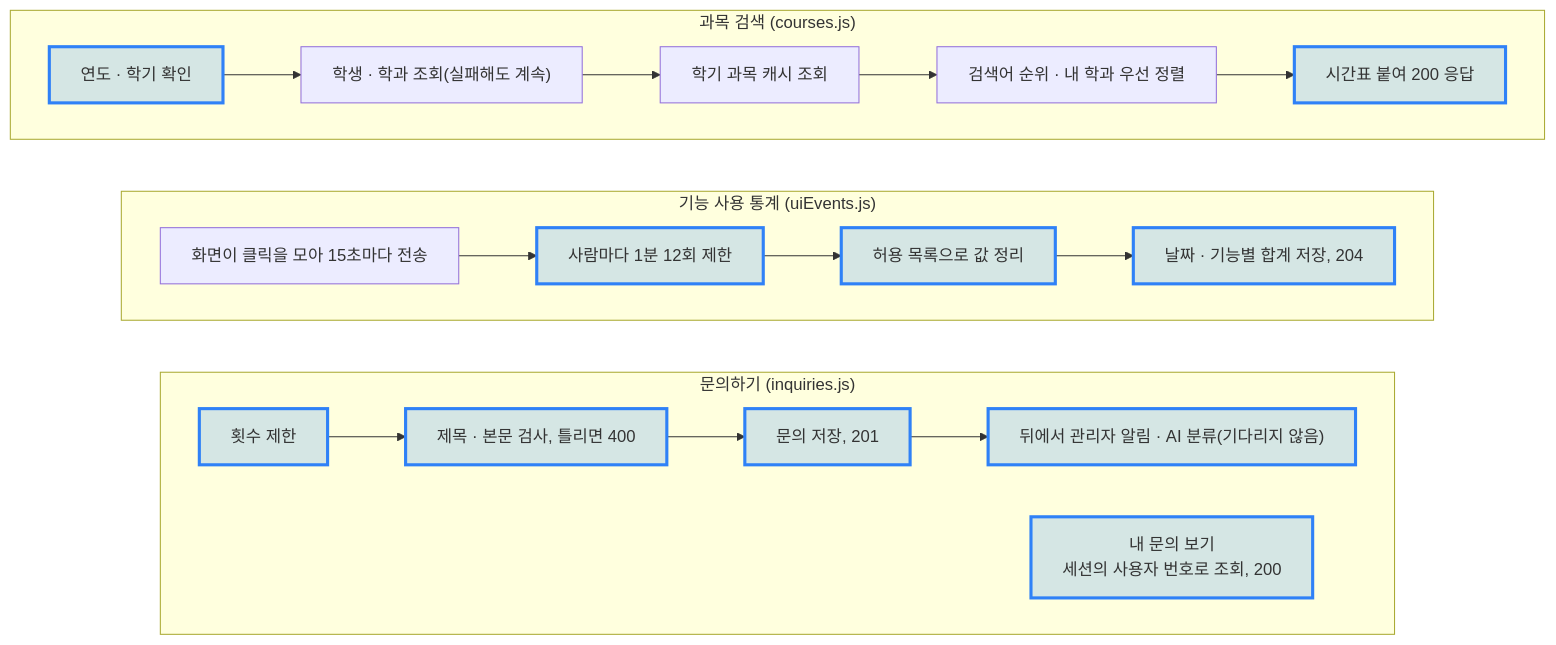
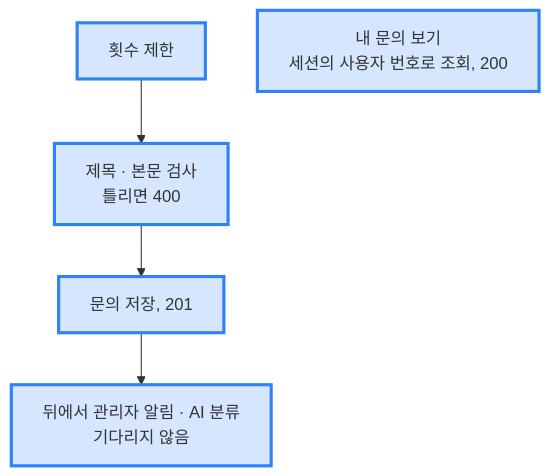
The third of 4 diagrams in 2026/November/11-06.md (ChildrenAon/TIL), drawn with Mermaid before and after one commit. The commit also changed other lines of this file, not shown here.

````diff
--- a/2026/November/11-06.md
+++ b/2026/November/11-06.md
@@ -22,22 +47,9 @@
 ```mermaid
 %%{init: {"flowchart": {"wrappingWidth": 600}, "themeCSS": ".edgeLabel div { display: table-cell !important; width: auto !important; max-width: none !important; white-space: nowrap !important; } .edgeLabel p { padding: 5px 12px !important; margin: 0 !important; background: #55555599; } .edgeLabel, .edgeLabel span, .edgeLabel .labelBkg { background: transparent !important; }"}}%%
 flowchart TD
-  subgraph S1["과목 검색 (courses.js)"]
-    A1["연도 · 학기 확인"] --> A2["학생 · 학과 조회(실패해도 계속)"]
-    A2 --> A3["학기 과목 캐시 조회"] --> A4["검색어 순위 · 내 학과 우선 정렬"]
-    A4 --> A5["시간표 붙여 200 응답"]
-  end
-  subgraph S2["기능 사용 통계 (uiEvents.js)"]
-    B1["화면이 클릭을 모아 15초마다 전송"] --> B2["사람마다 1분 12회 제한"]
-    B2 --> B3["허용 목록으로 값 정리"] --> B4["날짜 · 기능별 합계 저장, 204"]
-  end
-  subgraph S3["문의하기 (inquiries.js)"]
-    C1["횟수 제한"] --> C2["제목 · 본문 검사, 틀리면 400"]
-    C2 --> C3["문의 저장, 201"] --> C4["뒤에서 관리자 알림 · AI 분류(기다리지 않음)"]
-    C5["내 문의 보기<br/>세션의 사용자 번호로 조회, 200"]
-  end
-  S1 ~~~ S2
-  S2 ~~~ S3
+  C1["횟수 제한"] --> C2["제목 · 본문 검사<br/>틀리면 400"]
+  C2 --> C3["문의 저장, 201"] --> C4["뒤에서 관리자 알림 · AI 분류<br/>기다리지 않음"]
+  C5["내 문의 보기<br/>세션의 사용자 번호로 조회, 200"]
   classDef seen fill:#2f81f733,stroke:#2f81f7,stroke-width:3px
-  class A1,A5,B2,B3,B4,C1,C2,C3,C4,C5 seen
+  class C1,C2,C3,C4,C5 seen
 ```
````
